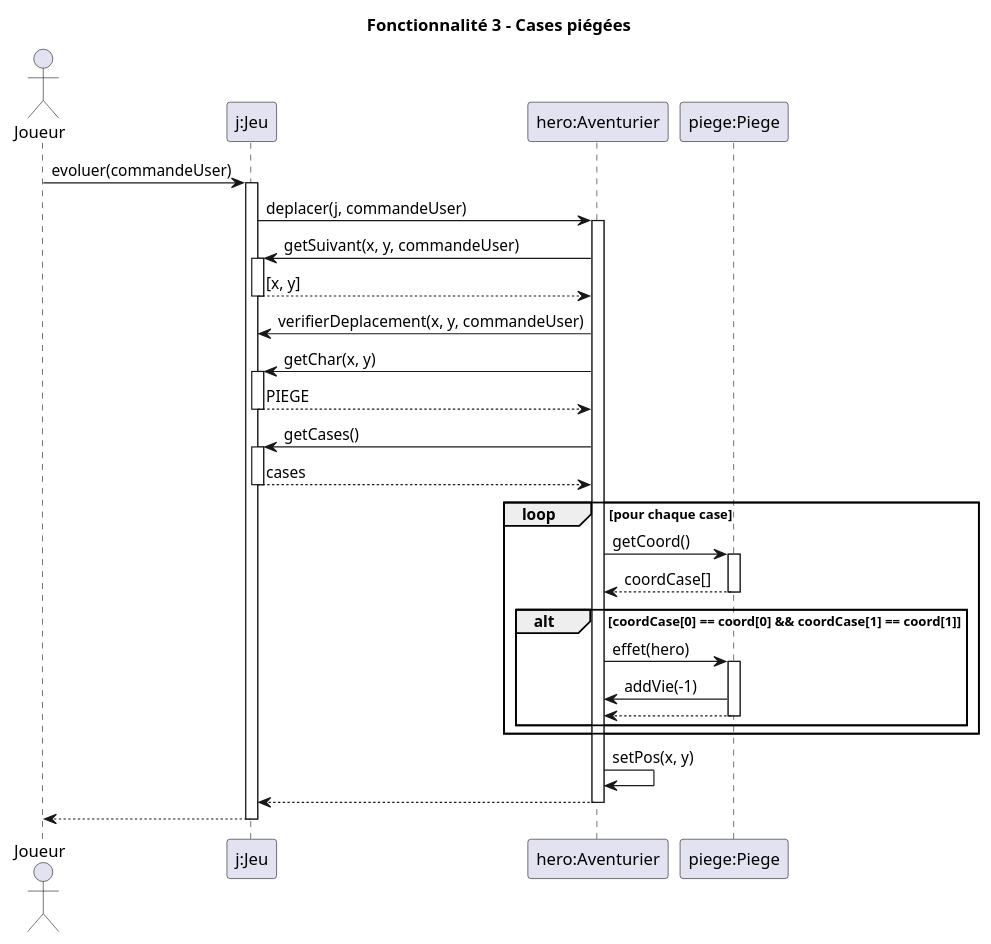
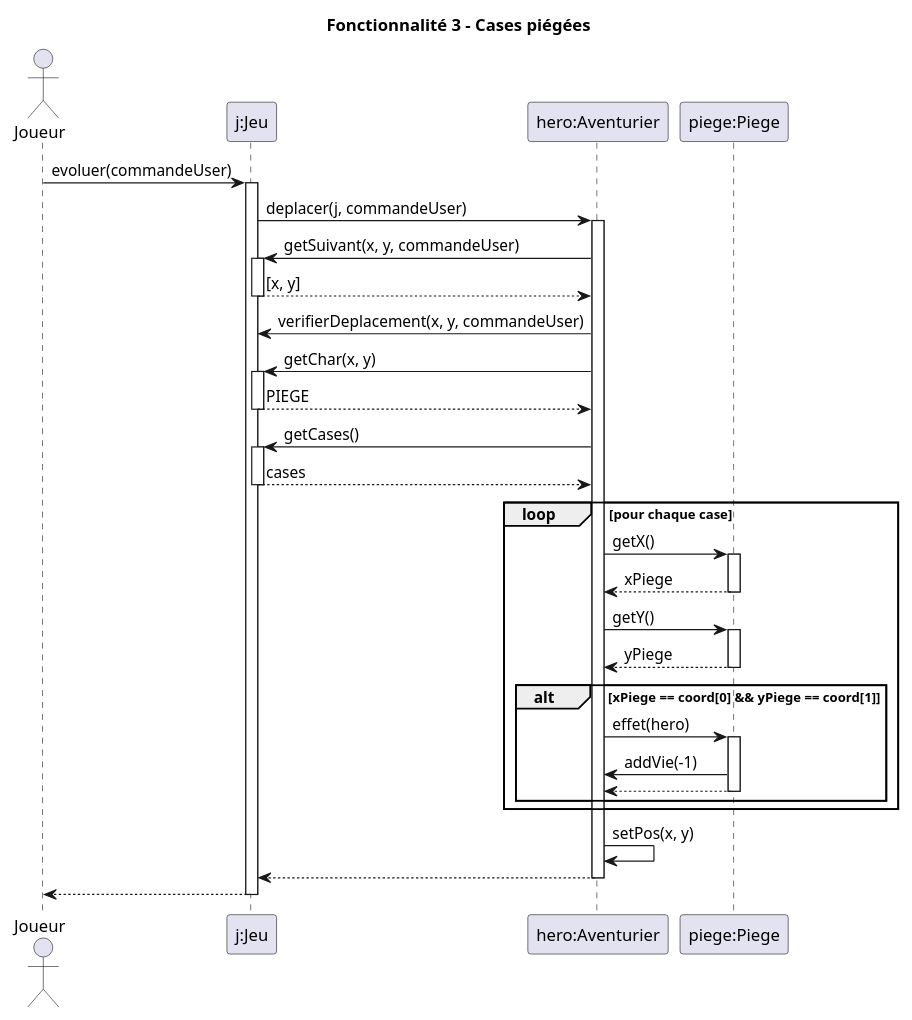
One commit to lucas-martinati-pro/SAE_S2.01_Zeldiablo-LucasM_JeanLM_PierreGSV changed the diagram in documents/version_2/Diagrammes Séquence/Fonctionnalité 3.puml. Above: the diagram before and after it, drawn with PlantUML. The commit also changed 7 other files, not shown here.

Commit message:
refactor: remplacer getCoord par getX et getY dans Case

```diff
--- a/documents/version_2/Diagrammes Séquence/Fonctionnalité 3.puml
+++ b/documents/version_2/Diagrammes Séquence/Fonctionnalité 3.puml
@@ -1,53 +1,57 @@
 @startuml
 title Fonctionnalité 3 - Cases piégées
 
 actor Joueur
 participant "j:Jeu" as Jeu
 participant "hero:Aventurier" as Hero
 participant "piege:Piege" as Piege
 
 Joueur -> Jeu : evoluer(commandeUser)
 activate Jeu
 
 Jeu -> Hero : deplacer(j, commandeUser)
 activate Hero
 
 Hero -> Jeu : getSuivant(x, y, commandeUser)
 activate Jeu
 Jeu --> Hero : [x, y]
 deactivate Jeu
 
 Hero -> Jeu : verifierDeplacement(x, y, commandeUser)
 
 Hero -> Jeu : getChar(x, y)
 activate Jeu
 Jeu --> Hero : PIEGE
 deactivate Jeu
 
 Hero -> Jeu : getCases()
 activate Jeu
 Jeu --> Hero : cases
 deactivate Jeu
 
 loop pour chaque case
-    Hero -> Piege : getCoord()
+    Hero -> Piege : getX()
     activate Piege
-    Piege --> Hero : coordCase[]
+    Piege --> Hero : xPiege
     deactivate Piege
-    alt coordCase[0] == coord[0] && coordCase[1] == coord[1]
+    Hero -> Piege : getY()
+    activate Piege
+    Piege --> Hero : yPiege
+    deactivate Piege
+    alt xPiege == coord[0] && yPiege == coord[1]
         Hero -> Piege : effet(hero)
         activate Piege
         Piege -> Hero : addVie(-1)
         Piege --> Hero
         deactivate Piege
     end
 end
 
 Hero -> Hero : setPos(x, y)
 
 Hero --> Jeu
 deactivate Hero
 
 Jeu --> Joueur
 deactivate Jeu
 @enduml
```
